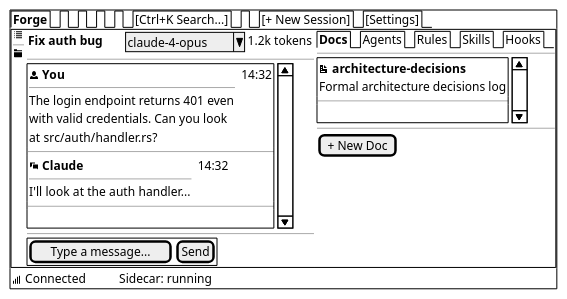
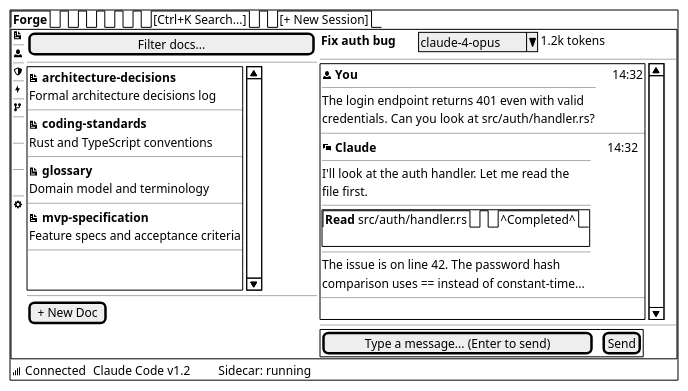
Before and after one commit to orqastudio/app: the second of 4 diagrams in docs/ui/wireframes/core-layout.md, drawn with PlantUML. The commit also changed other lines of this file and 19 other files, not shown here.

````diff
--- a/docs/ui/wireframes/core-layout.md
+++ b/docs/ui/wireframes/core-layout.md
@@ -119,36 +135,28 @@
 ```plantuml
 @startsalt
 {+
-  {/ <b>Forge</b> | . | . | . | . | [Ctrl+K Search...] | . | [+ New Session] | [Settings] }
+  {/ <b>Forge</b> | . | . | . | . | . | [Ctrl+K Search...] | . | [+ New Session] }
   {+
     {
-      <&list>
+      <&document>
       ---
-      <&folder>
+      <&person>
+      ---
+      <&shield>
+      ---
+      <&bolt>
+      ---
+      <&fork>
+      ---
+      .
+      ---
+      .
+      ---
+      .
+      ---
+      <&cog>
     } | {
-      { <b>Fix auth bug</b> | . | . | . | . | ^claude-4-opus^ | 1.2k tokens }
-      ---
-      {SI
-        {
-          <&person> <b>You</b> | . | 14:32
-          ---
-          The login endpoint returns 401 even
-          with valid credentials. Can you look
-          at src/auth/handler.rs?
-        }
-        ---
-        {
-          <&chat> <b>Claude</b> | . | 14:32
-          ---
-          I'll look at the auth handler...
-        }
-        ---
-        .
-      }
-      ---
-      {+ [Type a message...] | [Send] }
-    } | {
-      {/ <b>Docs</b> | Agents | Rules | Skills | Hooks }
+      [Filter docs...                     ]
       ---
       {SI
         {
@@ -156,13 +164,59 @@
           Formal architecture decisions log
         }
         ---
+        {
+          <&document> <b>coding-standards</b>
+          Rust and TypeScript conventions
+        }
+        ---
+        {
+          <&document> <b>glossary</b>
+          Domain model and terminology
+        }
+        ---
+        {
+          <&document> <b>mvp-specification</b>
+          Feature specs and acceptance criteria
+        }
+        ---
+        .
         .
       }
       ---
       [+ New Doc]
+    } | {
+      { <b>Fix auth bug</b> | . | . | . | . | ^claude-4-opus^ | 1.2k tokens }
+      ---
+      {SI
+        {
+          <&person> <b>You</b> | . | . | . | 14:32
+          ---
+          The login endpoint returns 401 even with valid
+          credentials. Can you look at src/auth/handler.rs?
+        }
+        ---
+        {
+          <&chat> <b>Claude</b> | . | . | . | 14:32
+          ---
+          I'll look at the auth handler. Let me read the
+          file first.
+          ---
+          {+
+            {/ <b>Read</b> src/auth/handler.rs | . | ^Completed^ }
+            .
+          }
+          ---
+          The issue is on line 42. The password hash
+          comparison uses == instead of constant-time...
+        }
+        ---
+        .
+      }
+      ---
+      {+ [Type a message... (Enter to send)] | . | [Send] }
     }
   }
-  { <&signal> Connected | . | . | . | . | . | . | Sidecar: running }
+  { <&signal> Connected | . | Claude Code v1.2 | . | . | . | . | . | Sidecar: running }
 }
 @endsalt
 ```
````
